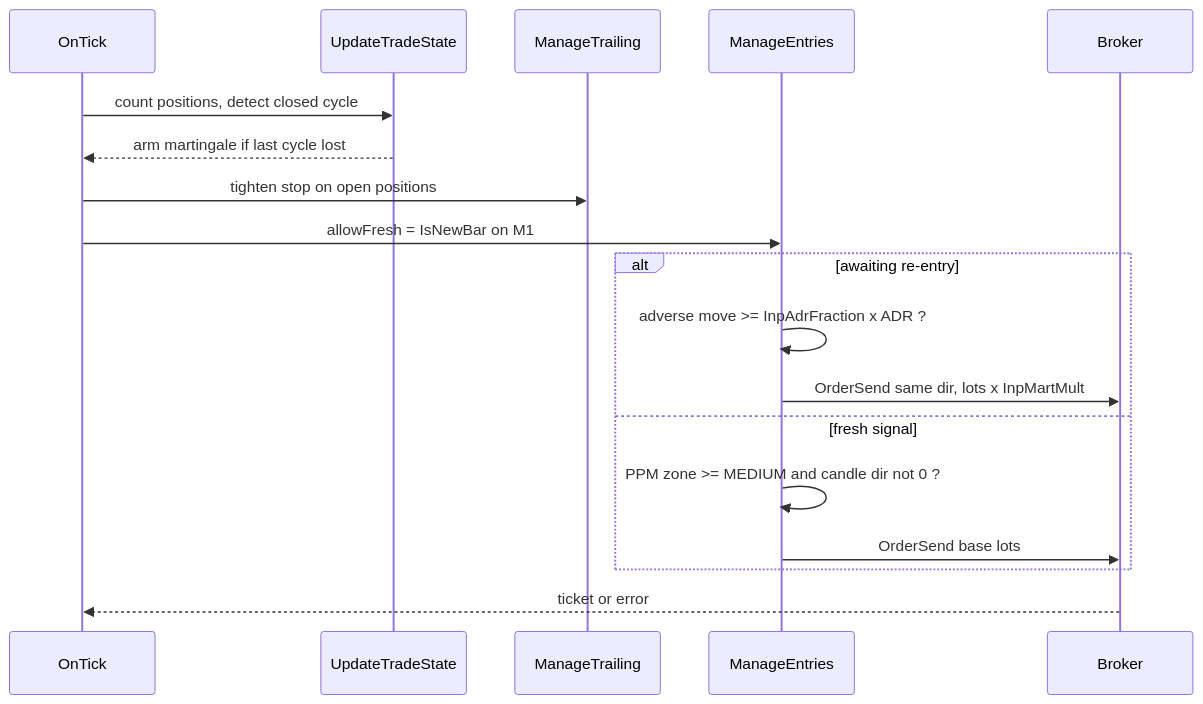
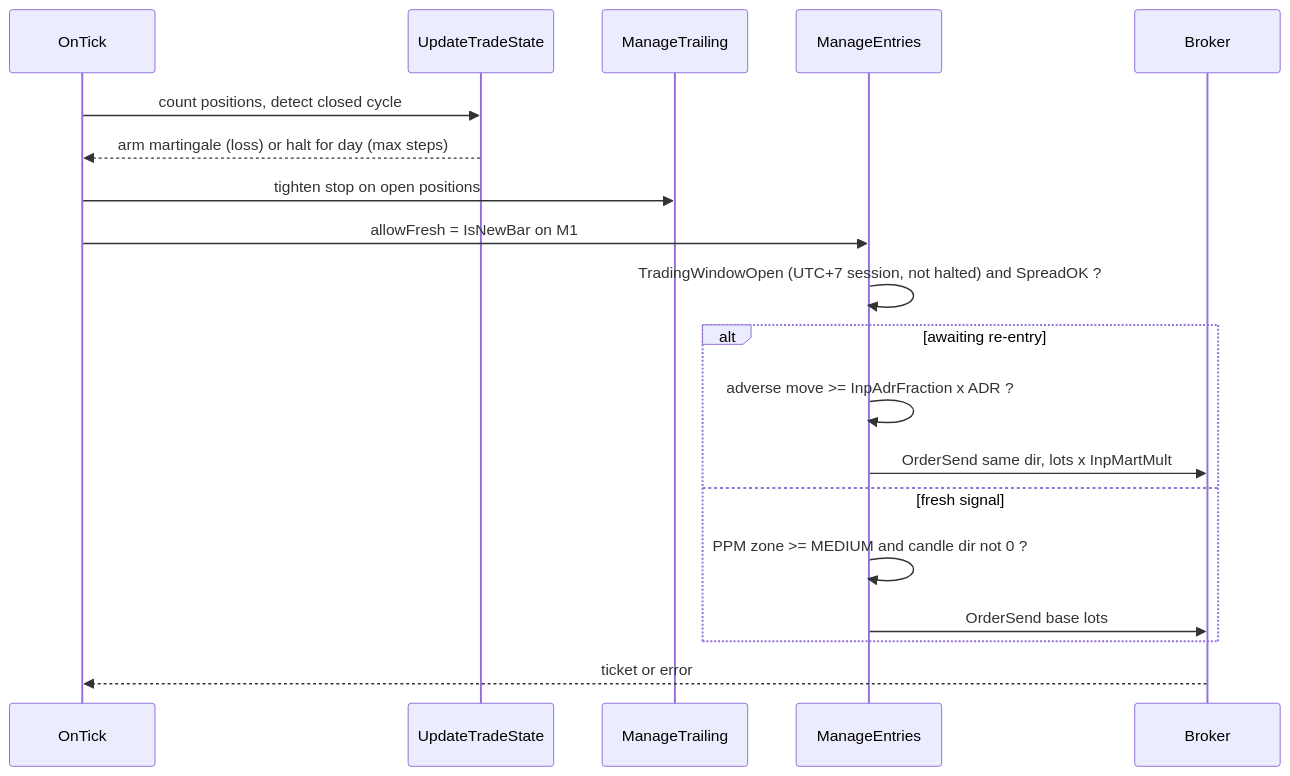
Before and after one commit to nhasibuan/oneminuteman: the second of 2 diagrams in README.md, drawn with Mermaid. The commit also changed other lines of this file and 1 other file, not shown here.

Commit message:
feat: UTC+7 trading sessions with daily halt after max martingale (resume next Sydney/Tokyo open); per-symbol slippage & spread filters; add Dragonfly/Gravestone/Long-Legged Doji patterns; docs: README limited to UML sequence diagrams, remove version history & candlestick-pattern reference

````diff
--- a/README.md
+++ b/README.md
@@ -303,21 +260,22 @@
 ```mermaid
 sequenceDiagram
     participant Tick as OnTick
     participant State as UpdateTradeState
     participant Trail as ManageTrailing
     participant Entry as ManageEntries
     participant Broker
 
     Tick->>State: count positions, detect closed cycle
-    State-->>Tick: arm martingale if last cycle lost
+    State-->>Tick: arm martingale (loss) or halt for day (max steps)
     Tick->>Trail: tighten stop on open positions
     Tick->>Entry: allowFresh = IsNewBar on M1
+    Entry->>Entry: TradingWindowOpen (UTC+7 session, not halted) and SpreadOK ?
     alt awaiting re-entry
         Entry->>Entry: adverse move >= InpAdrFraction x ADR ?
         Entry->>Broker: OrderSend same dir, lots x InpMartMult
     else fresh signal
         Entry->>Entry: PPM zone >= MEDIUM and candle dir not 0 ?
         Entry->>Broker: OrderSend base lots
     end
     Broker-->>Tick: ticket or error
 ```
````
